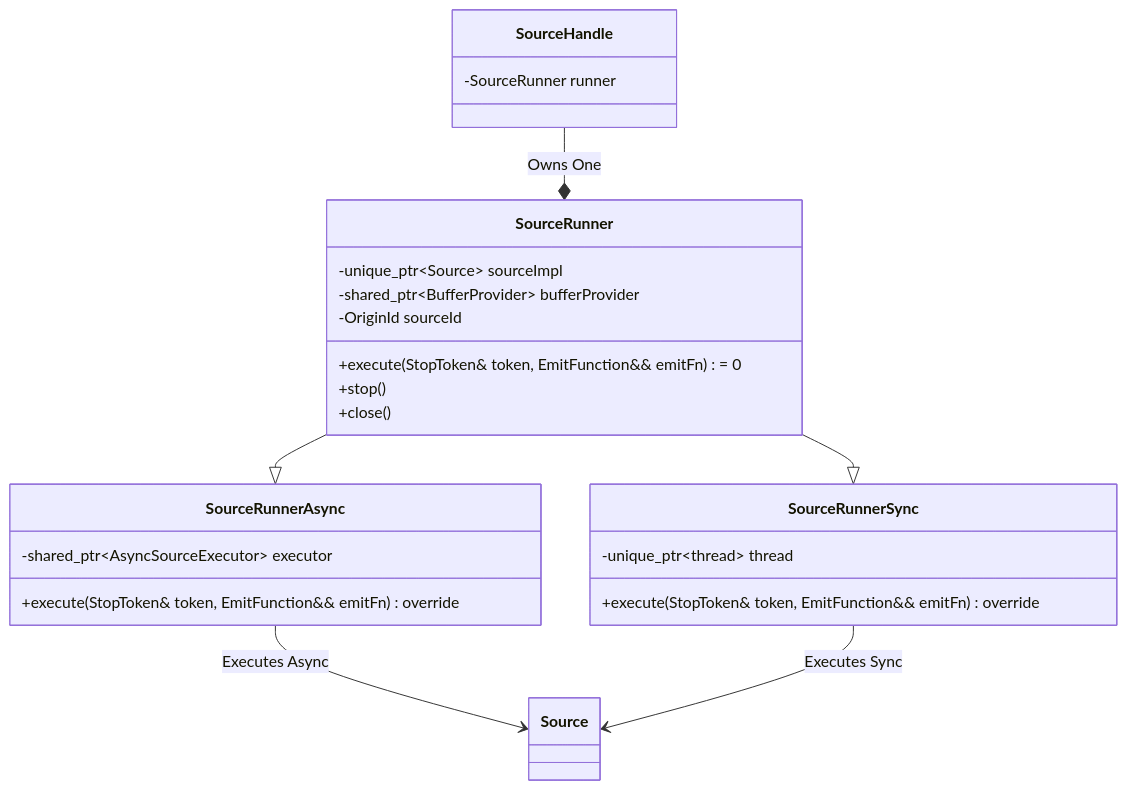
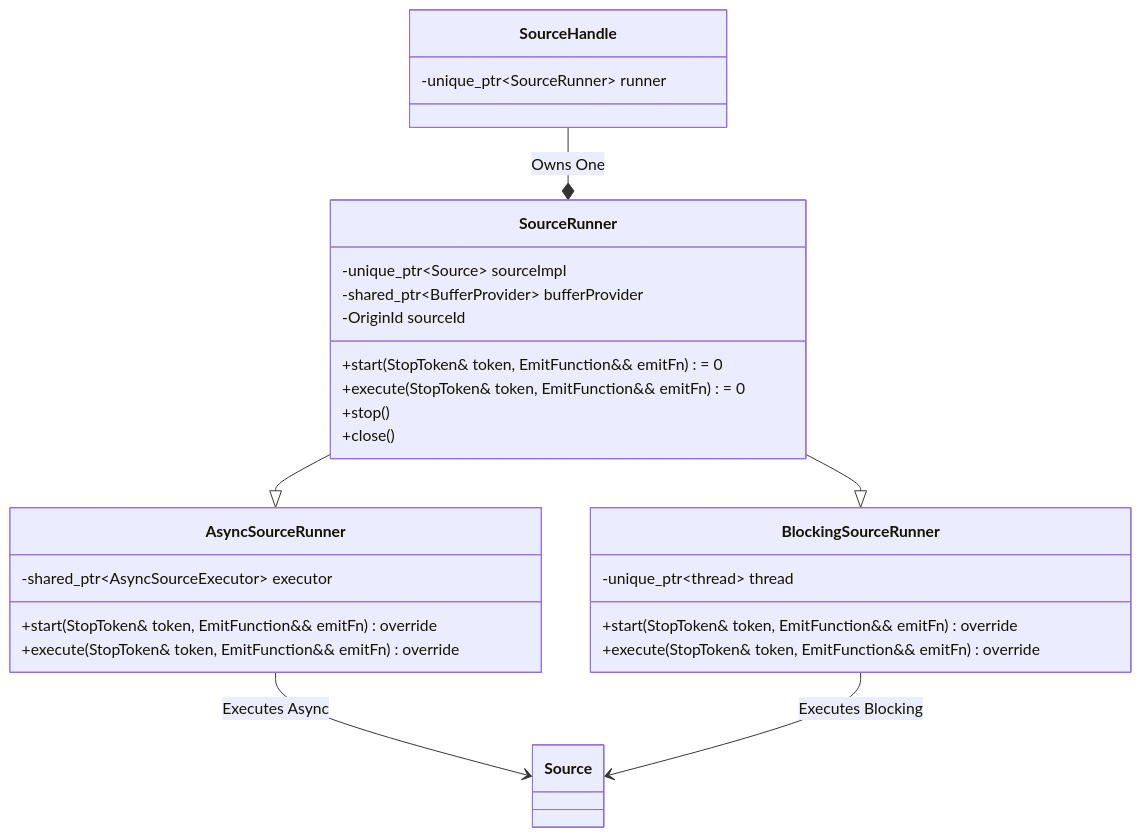
One commit to nebulastream/nebulastream changed the first of 2 diagrams in docs/design/20241011_source_redesign.md. Above: the diagram before and after it, drawn with Mermaid. The commit also changed other lines of this file, not shown here.

Commit message:
Add detailed documentation around implementation of new components, restructure buffer management section. TODO: describe cancellation of ongoing async operations

````diff
--- a/docs/design/20241011_source_redesign.md
+++ b/docs/design/20241011_source_redesign.md
@@ -199,31 +204,34 @@
 ```mermaid
 classDiagram
     SourceHandle --* SourceRunner: Owns One
-    SourceRunner --|> SourceRunnerSync
-    SourceRunner --|> SourceRunnerAsync
-    SourceRunnerAsync --> Source: Executes Async
-    SourceRunnerSync --> Source: Executes Sync
+    SourceRunner --|> BlockingSourceRunner
+    SourceRunner --|> AsyncSourceRunner
+    AsyncSourceRunner --> Source: Executes Async
+    BlockingSourceRunner --> Source: Executes Blocking
 
     class SourceHandle {
-      -SourceRunner runner
+      -unique_ptr~SourceRunner~ runner
     }
 
     class SourceRunner {
         -unique_ptr~Source~ sourceImpl
         -shared_ptr~BufferProvider~ bufferProvider
         -OriginId sourceId
+        +start(StopToken& token, EmitFunction&& emitFn) = 0
         +execute(StopToken& token, EmitFunction&& emitFn) = 0
         +stop()
         +close()
     }
 
-    class SourceRunnerSync {
+    class BlockingSourceRunner {
         -unique_ptr~thread~ thread
+        +start(StopToken& token, EmitFunction&& emitFn) override
         +execute(StopToken& token, EmitFunction&& emitFn) override
     }
 
-    class SourceRunnerAsync {
+    class AsyncSourceRunner {
         -shared_ptr~AsyncSourceExecutor~ executor
+        +start(StopToken& token, EmitFunction&& emitFn) override
         +execute(StopToken& token, EmitFunction&& emitFn) override
     }
 ```
````
